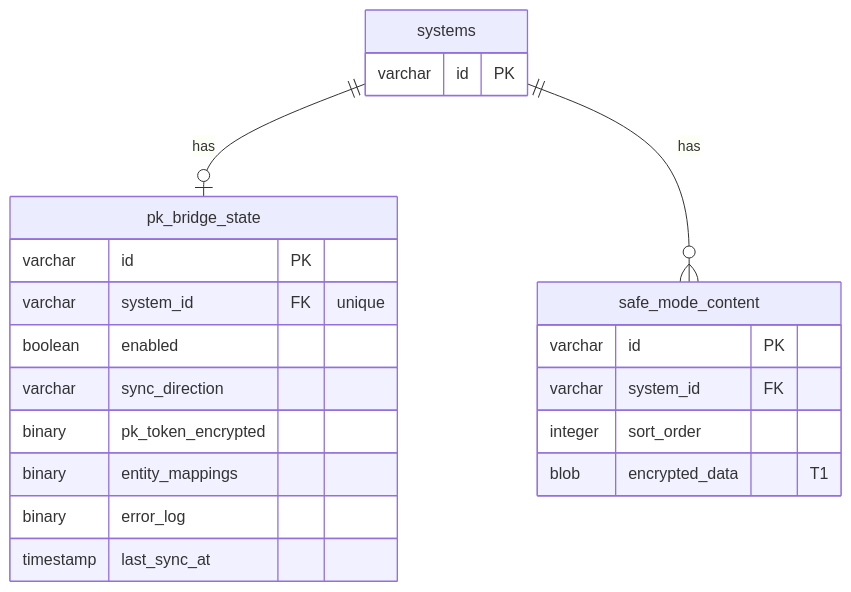
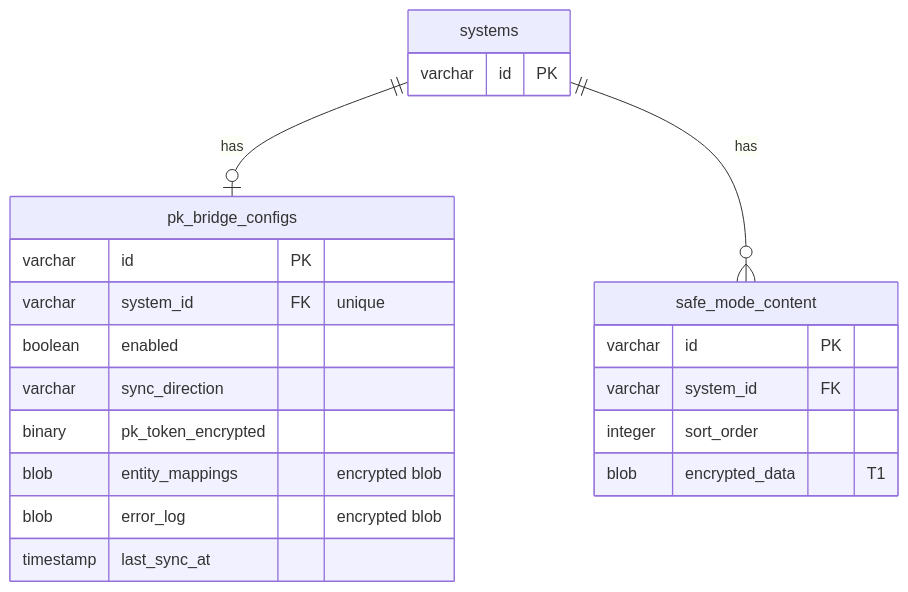
One commit to ThePrismSystem/pluralscape-mono changed diagram 17 of 20 in docs/database-schema.md. Above: the diagram before and after it, drawn with Mermaid. The commit also changed other lines of this file, not shown here.

Commit message:
docs(db): correct ER diagrams against actual PG schema

````diff
--- a/docs/database-schema.md
+++ b/docs/database-schema.md
@@ -952,27 +967,27 @@
 ```mermaid
 erDiagram
     systems {
         varchar id PK
     }
 
-    pk_bridge_state {
+    pk_bridge_configs {
         varchar id PK
         varchar system_id FK "unique"
         boolean enabled
         varchar sync_direction
         binary pk_token_encrypted
-        binary entity_mappings
-        binary error_log
+        blob entity_mappings "encrypted blob"
+        blob error_log "encrypted blob"
         timestamp last_sync_at
     }
 
     safe_mode_content {
         varchar id PK
         varchar system_id FK
         integer sort_order
         blob encrypted_data "T1"
     }
 
-    systems ||--o| pk_bridge_state : "has"
+    systems ||--o| pk_bridge_configs : "has"
     systems ||--o{ safe_mode_content : "has"
 ```
````
